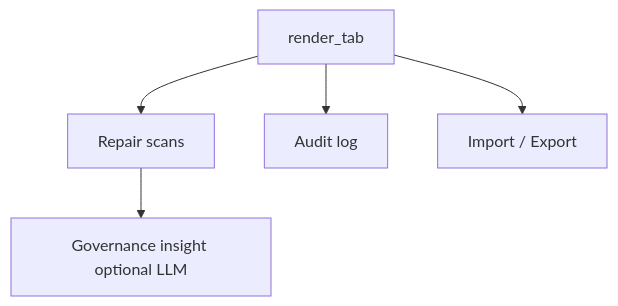
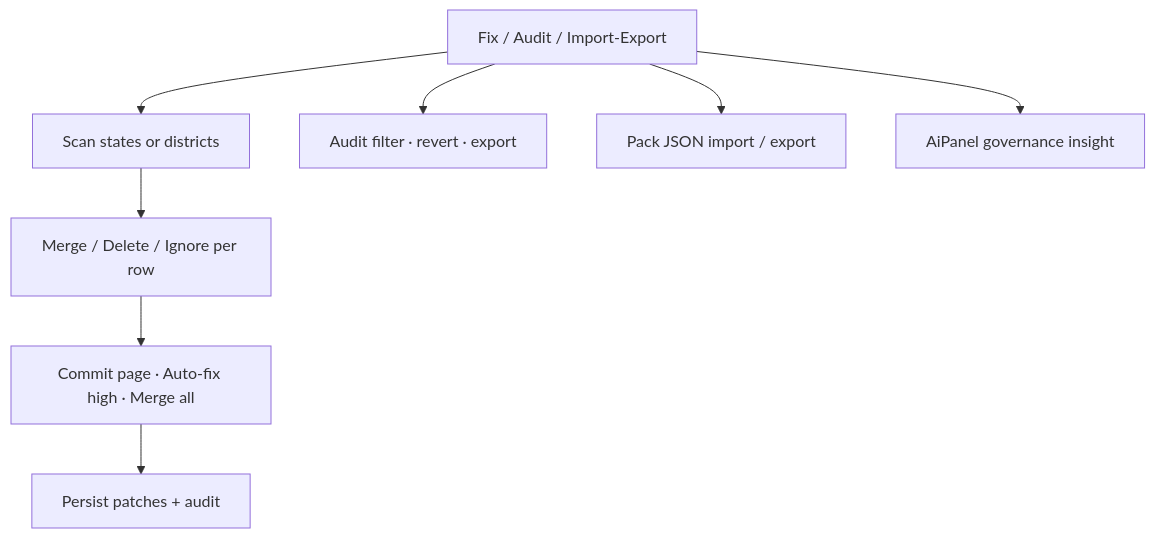
Before and after one commit to NetRunnerXD/Aadhaar-Intel-Engine-UIDAI: diagram 19 of 24 in flowchart.md, drawn with Mermaid. The commit also changed other lines of this file and 1 other file, not shown here.

First line of the commit message:
docs: update flowchart and feature parity for dual UI stack

````diff
--- a/flowchart.md
+++ b/flowchart.md
@@ -441,7 +561,10 @@
 ```mermaid
 flowchart TD
-    TAB[render_tab] --> T1[Repair scans]
-    TAB --> T2[Audit log]
-    TAB --> T3[Import / Export]
-    T1 --> BRIEF[Governance insight optional LLM]
+    TAB[Fix / Audit / Import-Export] --> T1[Scan states or districts]
+    TAB --> T2[Audit filter · revert · export]
+    TAB --> T3[Pack JSON import / export]
+    T1 --> ACT[Merge / Delete / Ignore per row]
+    ACT --> COMMIT[Commit page · Auto-fix high · Merge all]
+    COMMIT --> STORE[Persist patches + audit]
+    TAB --> BRIEF[AiPanel governance insight]
 ```
````
